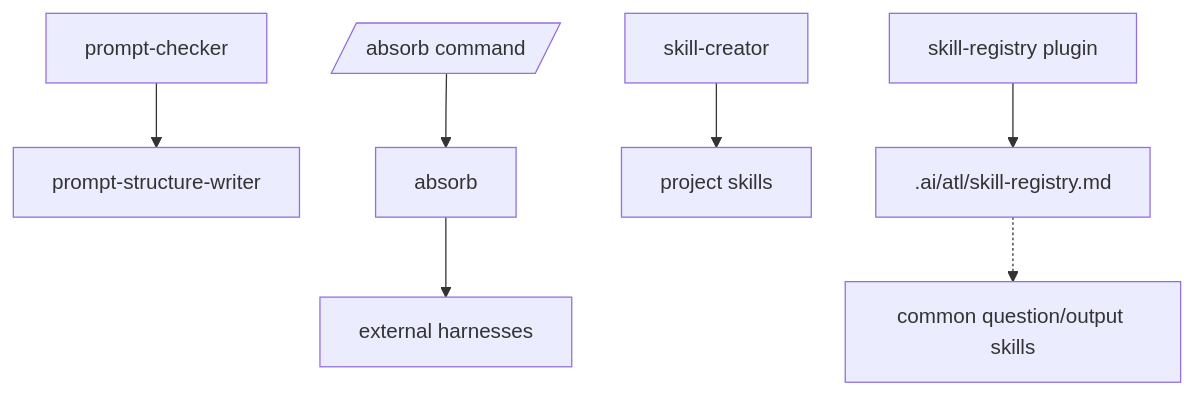
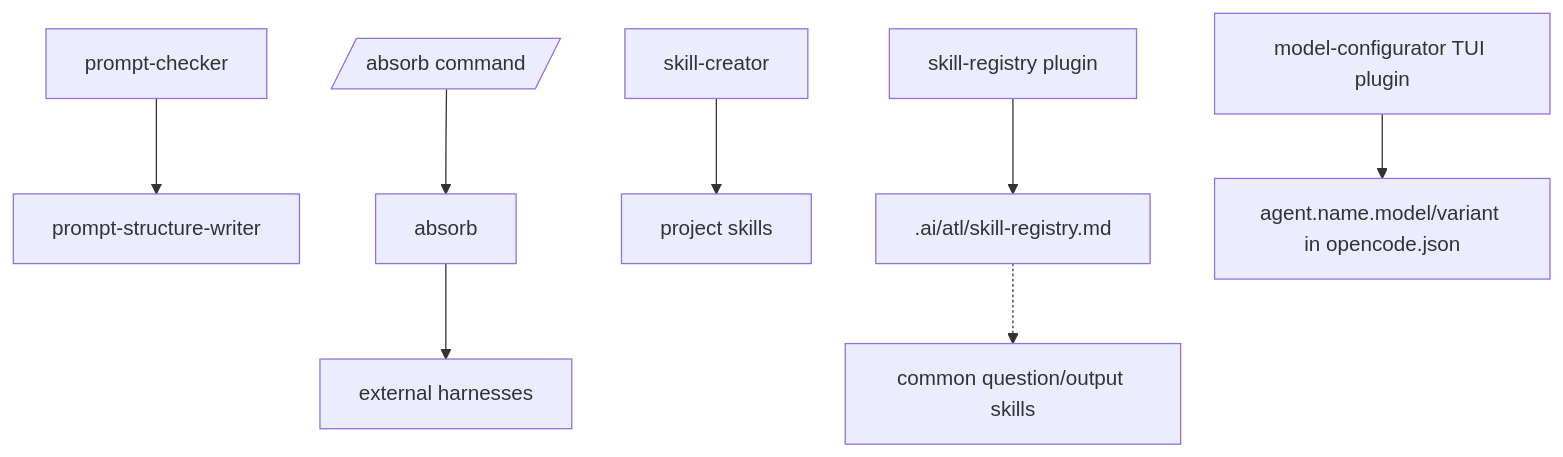
One commit to andresnator/agents-orchestrator changed the diagram in domains/meta/README.md. Above: the diagram before and after it, drawn with Mermaid. The commit also changed other lines of this file and 27 other files, not shown here.

First line of the commit message:
Add model configurator smoke test and validation scripts

````diff
--- a/domains/meta/README.md
+++ b/domains/meta/README.md
@@ -11,9 +13,10 @@
 ```mermaid
 graph TD
   prompt[prompt-checker] --> writer[prompt-structure-writer]
   absorbCmd[/absorb command/] --> absorb[absorb]
   absorb --> external[external harnesses]
   creator[skill-creator] --> skills[project skills]
   plugin[skill-registry plugin] --> registry[.ai/atl/skill-registry.md]
   registry -.-> common[common question/output skills]
+  tui[model-configurator TUI plugin] --> config[agent.name.model/variant in opencode.json]
 ```
````
